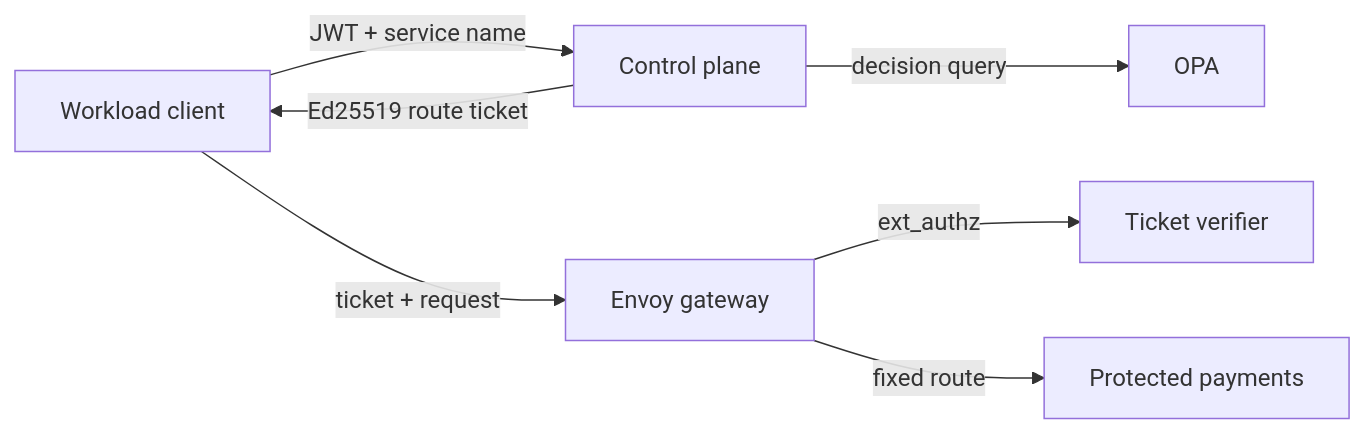
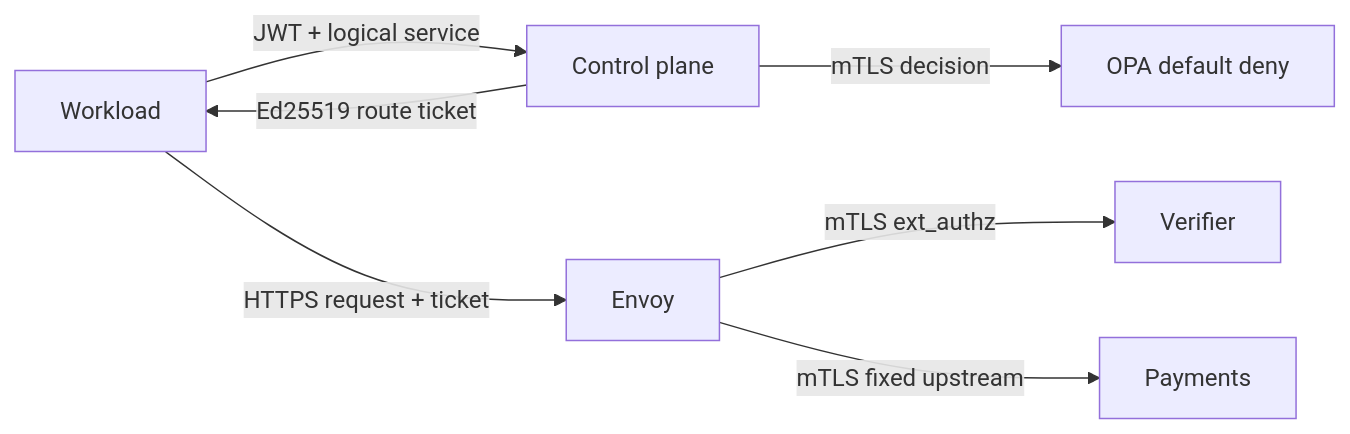
The diagram in README.md (petritbahtiri123/name-based-secure-routing), drawn with Mermaid before and after one commit. The commit also changed other lines of this file and 13 other files, not shown here.

````diff
--- a/README.md
+++ b/README.md
@@ -11,9 +37,9 @@
 ```mermaid
 flowchart LR
-  C["Workload client"] -->|"JWT + service name"| CP["Control plane"]
-  CP -->|"decision query"| OPA["OPA"]
-  CP -->|"Ed25519 route ticket"| C
-  C -->|"ticket + request"| E["Envoy gateway"]
-  E -->|"ext_authz"| V["Ticket verifier"]
-  E -->|"fixed route"| P["Protected payments"]
+    C["Workload"] -->|"JWT + logical service"| CP["Control plane"]
+    CP -->|"mTLS decision"| OPA["OPA default deny"]
+    CP -->|"Ed25519 route ticket"| C
+    C -->|"HTTPS request + ticket"| E["Envoy"]
+    E -->|"mTLS ext_authz"| V["Verifier"]
+    E -->|"mTLS fixed upstream"| P["Payments"]
 ```
````
